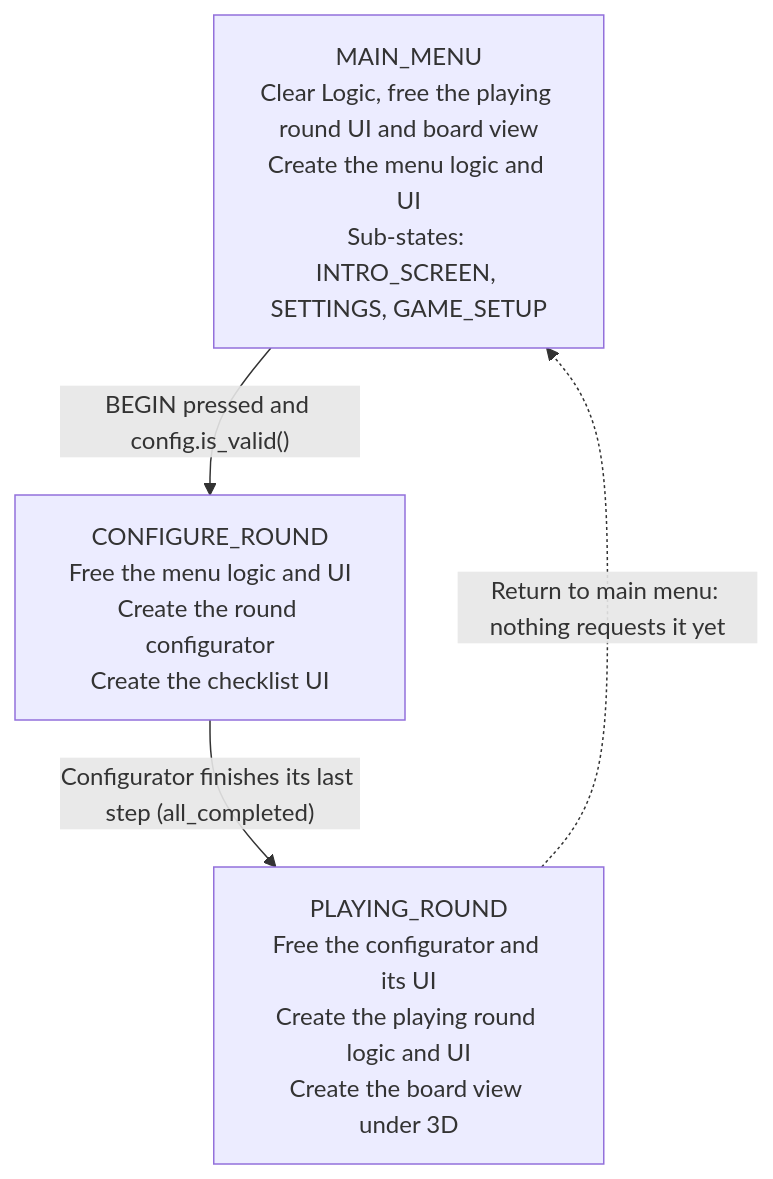
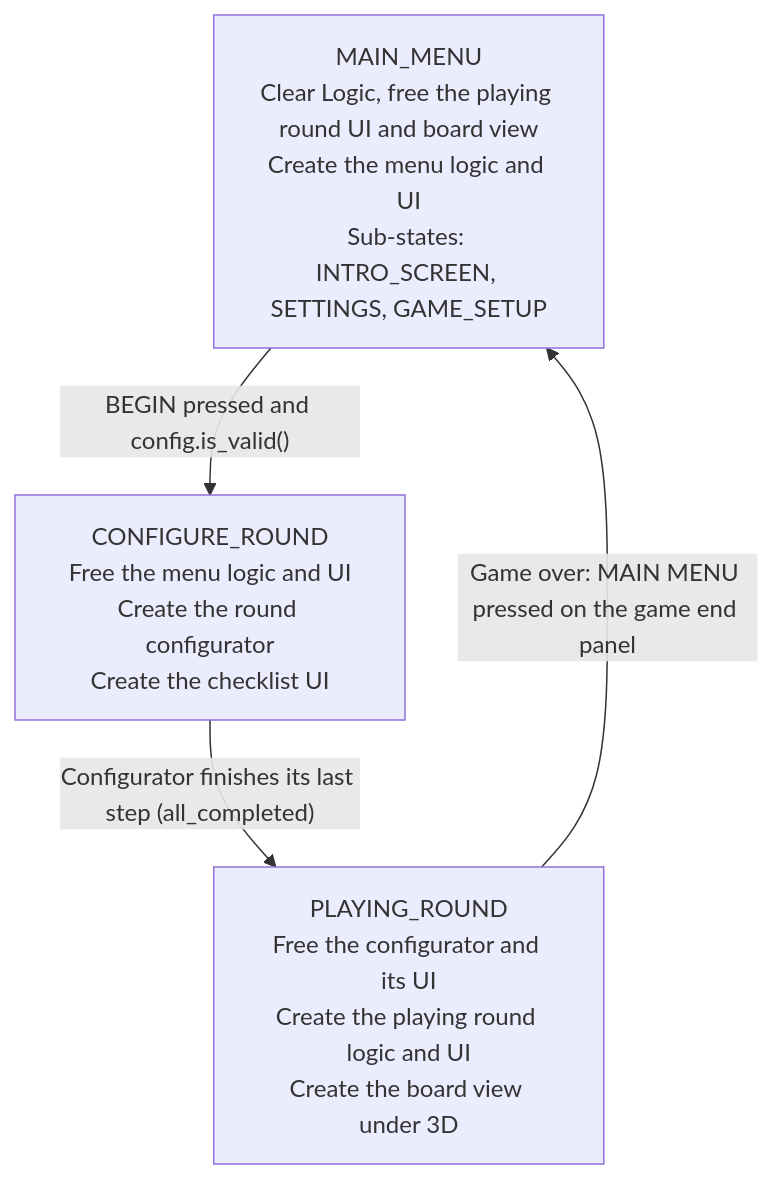
One commit to Bigfeta1/chess changed the diagram in docs/onboarding.md. Above: the diagram before and after it, drawn with Mermaid. The commit also changed other lines of this file and 18 other files, not shown here.

````diff
--- a/docs/onboarding.md
+++ b/docs/onboarding.md
@@ -82,9 +84,9 @@
 ```mermaid
 flowchart TD
 	A["MAIN_MENU<br/>Clear Logic, free the playing round UI and board view<br/>Create the menu logic and UI<br/>Sub-states: INTRO_SCREEN, SETTINGS, GAME_SETUP"]
 	B["CONFIGURE_ROUND<br/>Free the menu logic and UI<br/>Create the round configurator<br/>Create the checklist UI"]
 	C["PLAYING_ROUND<br/>Free the configurator and its UI<br/>Create the playing round logic and UI<br/>Create the board view under 3D"]
 	A -->|"BEGIN pressed and config.is_valid()"| B
 	B -->|"Configurator finishes its last step (all_completed)"| C
-	C -.->|"Return to main menu: nothing requests it yet"| A
+	C -->|"Game over: MAIN MENU pressed on the game end panel"| A
 ```
````
